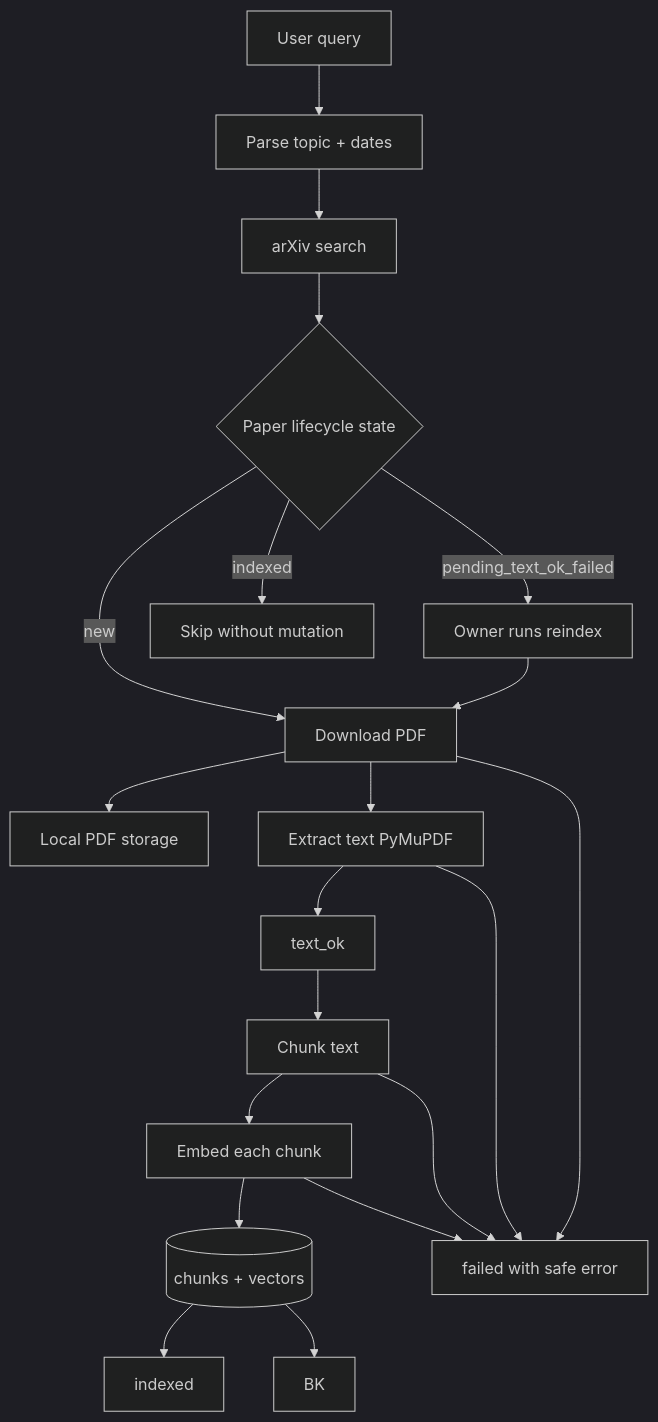
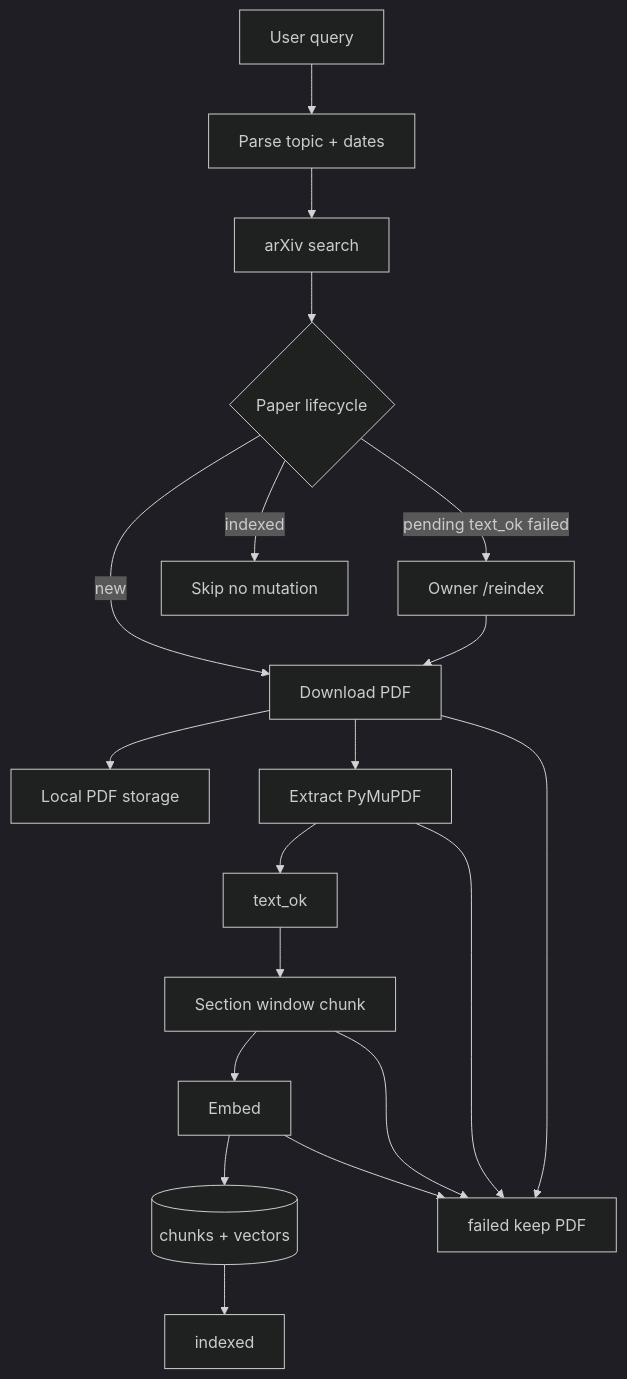
One commit to RamilRamil/Research-helper changed the fourth of 8 diagrams in docs/plan/02-architecture-diagrams.md. Above: the diagram before and after it, drawn with Mermaid (dark theme). The commit also changed other lines of this file and 107 other files, not shown here.

````diff
--- a/docs/plan/02-architecture-diagrams.md
+++ b/docs/plan/02-architecture-diagrams.md
@@ -117,22 +107,21 @@
 ```mermaid
 flowchart TD
     Q[User query] --> P[Parse topic + dates]
     P --> S[arXiv search]
-    S --> D{Paper lifecycle state}
+    S --> D{Paper lifecycle}
     D -->|new| DL[Download PDF]
-    D -->|indexed| Skip[Skip without mutation]
-    D -->|pending_text_ok_failed| Manual[Owner runs reindex]
+    D -->|indexed| Skip[Skip no mutation]
+    D -->|pending text_ok failed| Manual[Owner /reindex]
     Manual --> DL
     DL --> FS[Local PDF storage]
-    DL --> EX[Extract text PyMuPDF]
+    DL --> EX[Extract PyMuPDF]
     EX --> TextOk[text_ok]
-    TextOk --> CH[Chunk text]
-    CH --> EM[Embed each chunk]
+    TextOk --> CH[Section window chunk]
+    CH --> EM[Embed]
     EM --> DB2[(chunks + vectors)]
     DB2 --> Indexed[indexed]
-    DL --> Failed[failed with safe error]
+    DL --> Failed[failed keep PDF]
     EX --> Failed
     CH --> Failed
     EM --> Failed
-    DB2 --> BK
 ```
````
